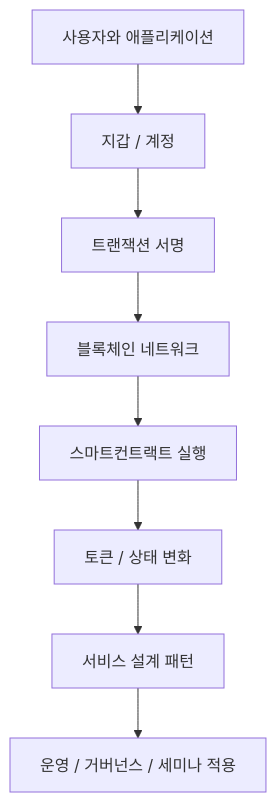
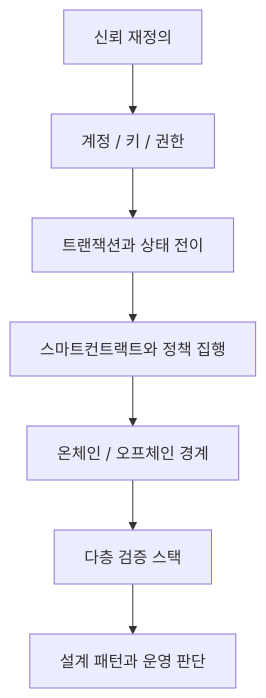
One commit to zenit9hub/web3-tech-handbook changed the diagram in docs/foundations/web3-overview.md. Above: the diagram before and after it, drawn with Mermaid. The commit also changed other lines of this file and 19 other files, not shown here.

````diff
--- a/docs/foundations/web3-overview.md
+++ b/docs/foundations/web3-overview.md
@@ -29,10 +98,9 @@
 ```mermaid
 flowchart TD
-    A["사용자와 애플리케이션"] --> B["지갑 / 계정"]
-    B --> C["트랜잭션 서명"]
-    C --> D["블록체인 네트워크"]
-    D --> E["스마트컨트랙트 실행"]
-    E --> F["토큰 / 상태 변화"]
-    F --> G["서비스 설계 패턴"]
-    G --> H["운영 / 거버넌스 / 세미나 적용"]
+    A["신뢰 재정의"] --> B["계정 / 키 / 권한"]
+    B --> C["트랜잭션과 상태 전이"]
+    C --> D["스마트컨트랙트와 정책 집행"]
+    D --> E["온체인 / 오프체인 경계"]
+    E --> F["다층 검증 스택"]
+    F --> G["설계 패턴과 운영 판단"]
 ```
````
